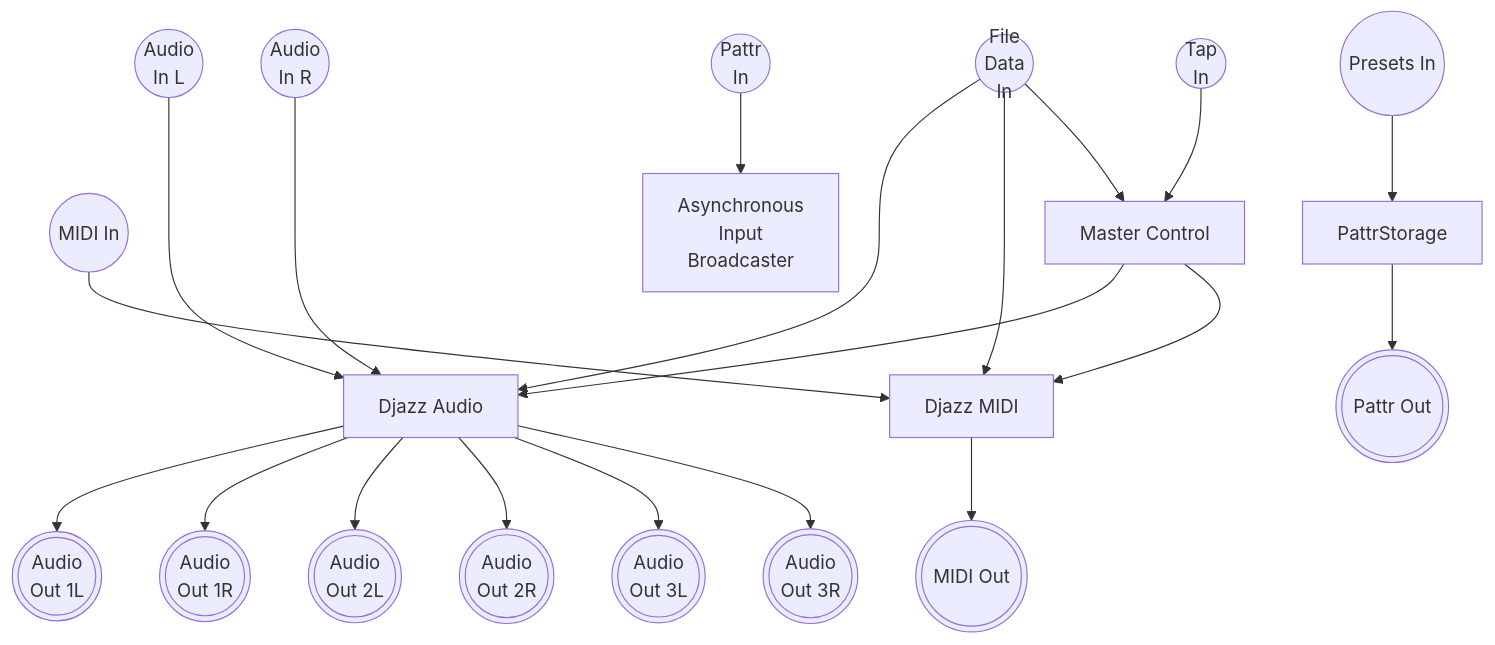
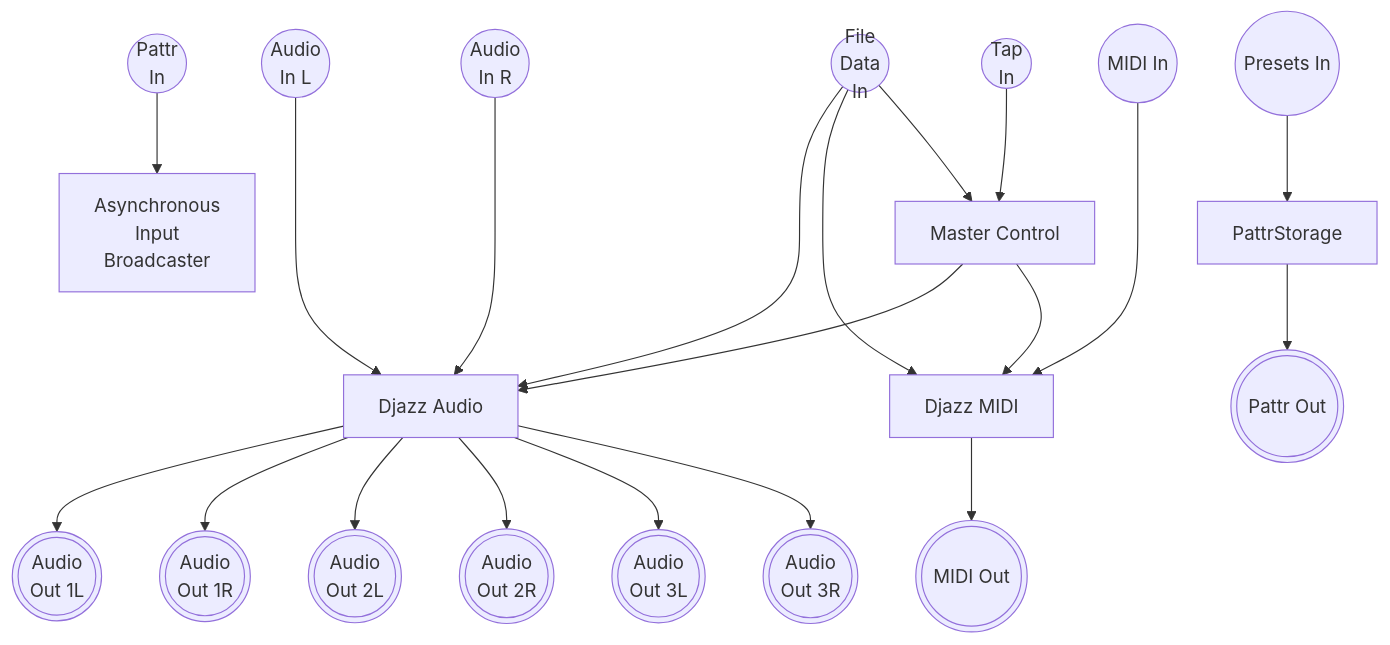
Before and after one commit to repmus-docs/DjazzDocs: the diagram in content/3_API/1_abstraction_references/djazz.md, drawn with Mermaid.

Commit message:
update diagram in djazz API abstraction ref

```diff
--- a/content/3_API/1_abstraction_references/djazz.md
+++ b/content/3_API/1_abstraction_references/djazz.md
@@ -8,60 +8,61 @@
 {{<mermaid align="left">}}
 flowchart TB;
 
 
 TapIn((Tap\nIn))
 PattrIn((Pattr\nIn))
 
 AudioIn1((Audio\nIn L))
 AudioIn2((Audio\nIn R))
 MidiIn((MIDI In))
 
 DataIn((File\nData\nIn))
 PresetIn((Presets In))
 
+PattrBroadcast[Asynchronous\nInput\nBroadcaster]
 Master[Master Control]
 Audio[Djazz Audio]
 Midi[Djazz MIDI]
 PattrStorage[PattrStorage]
-PattrBroadcast[Asynchronous\nInput\nBroadcaster]
+
 
 click Master "./../components/master_control.html" "Master Control"
 click Audio "audio.html" "Master Control"
 click Midi "midi.html" "Master Control"
 
 
 AudioOut1(((Audio\nOut 1L)))
 AudioOut2(((Audio\nOut 1R)))
 AudioOut3(((Audio\nOut 2L)))
 AudioOut4(((Audio\nOut 2R)))
 AudioOut5(((Audio\nOut 3L)))
 AudioOut6(((Audio\nOut 3R)))
 MidiOut(((MIDI Out)))
 PattrOut(((Pattr Out)))
 
 TapIn-->Master
 
 PattrIn-->PattrBroadcast
 
 DataIn-->Audio
 DataIn-->Midi
 AudioIn1--->Audio
 AudioIn2--->Audio
-MidiIn-->Midi
+MidiIn--->Midi
 DataIn-->Master
 Master-->Audio
 Master-->Midi
 
 Audio-->AudioOut1
 Audio-->AudioOut2
 Audio-->AudioOut3
 Audio-->AudioOut4
 Audio-->AudioOut5
 Audio-->AudioOut6
 
 Midi-->MidiOut
 
 PresetIn-->PattrStorage
 PattrStorage-->PattrOut
 
 {{< /mermaid >}}
```
